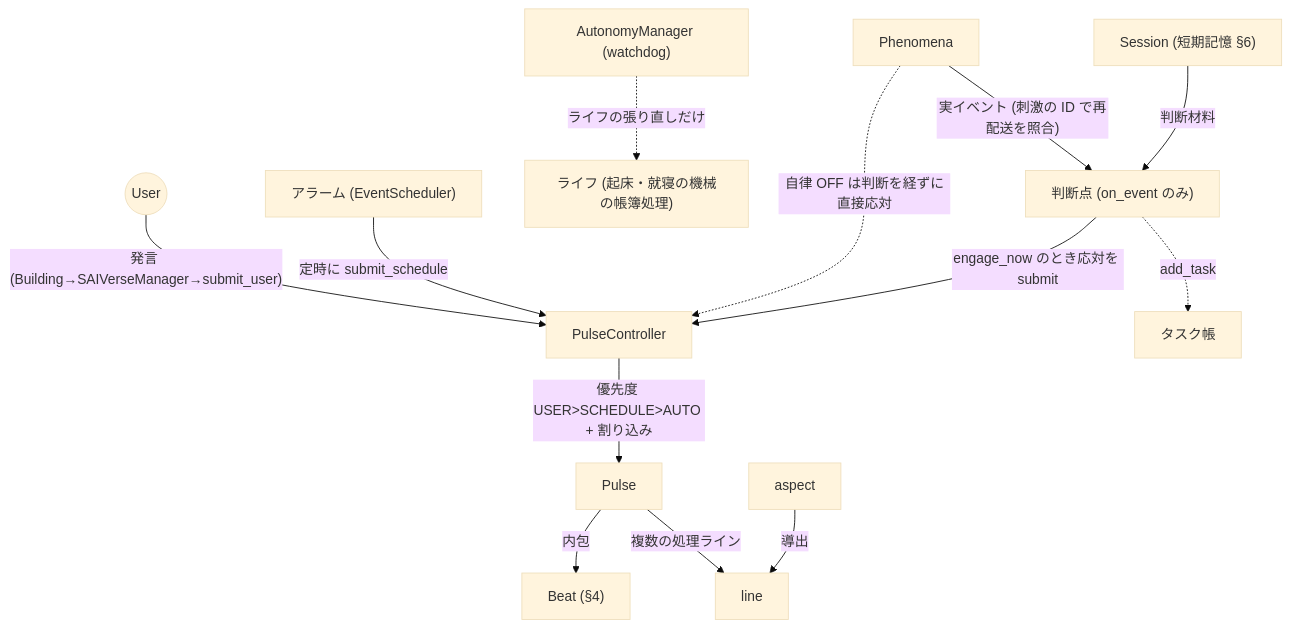
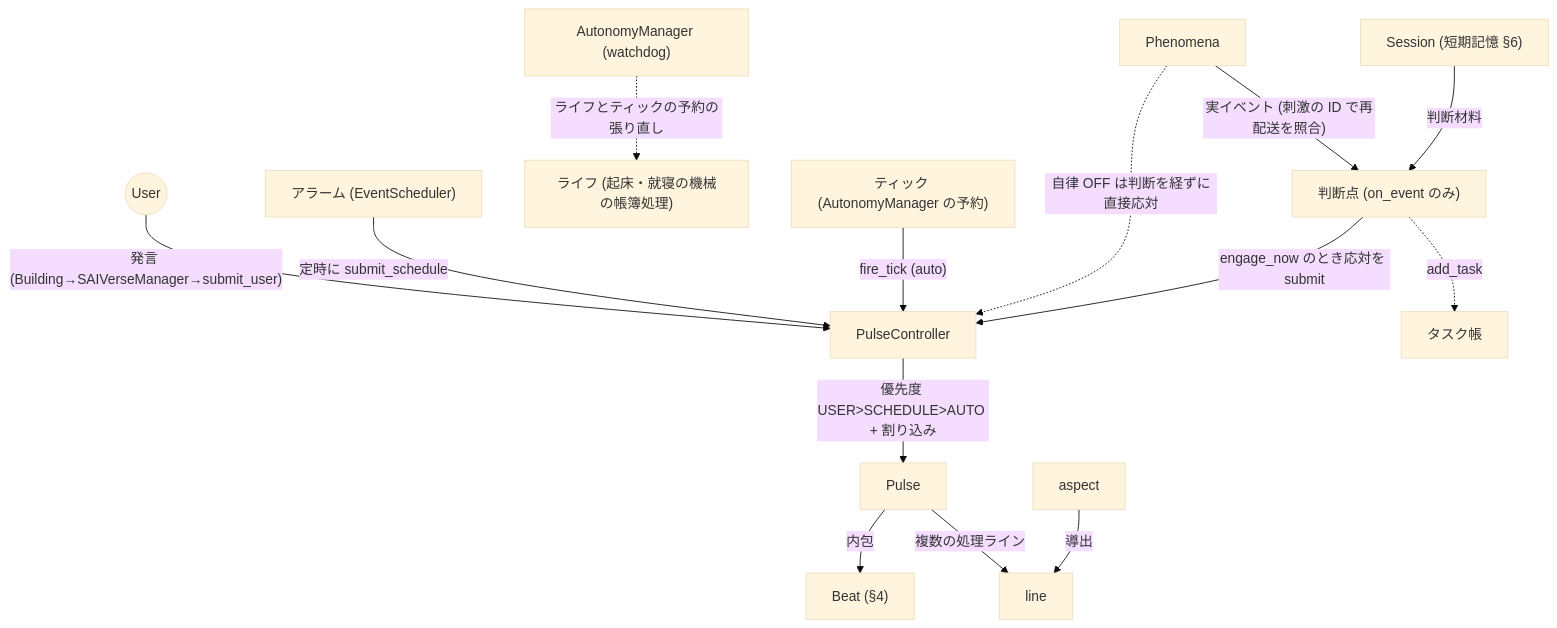
Before and after one commit to maha0525/SAIVerse: the third of 7 diagrams in docs/overview/landscape.md, drawn with Mermaid (base theme). The commit also changed other lines of this file and 27 other files, not shown here.

````diff
--- a/docs/overview/landscape.md
+++ b/docs/overview/landscape.md
@@ -188,16 +190,17 @@
 ```mermaid
 graph TD
     User((User)) -->|"発言 (Building→SAIVerseManager→submit_user)"| PulseController
     Alarm["アラーム (EventScheduler)"] -->|定時に submit_schedule| PulseController
     Life["ライフ (起床・就寝の機械の帳簿処理)"]
-    Watchdog["AutonomyManager (watchdog)"] -.->|ライフの張り直しだけ| Life
+    Watchdog["AutonomyManager (watchdog)"] -.->|ライフとティックの予約の張り直し| Life
+    Tick["ティック (AutonomyManager の予約)"] -->|"fire_tick (auto)"| PulseController
     Phenomena -->|"実イベント (刺激の ID で再配送を照合)"| JudgmentPoints["判断点 (on_event のみ)"]
     Phenomena -.->|"自律 OFF は判断を経ずに直接応対"| PulseController
     JudgmentPoints -->|"engage_now のとき応対を submit"| PulseController
     JudgmentPoints -.->|"add_task"| TaskBook["タスク帳"]
     Session["Session (短期記憶 §6)"] -->|判断材料| JudgmentPoints
     PulseController -->|"優先度 USER>SCHEDULE>AUTO + 割り込み"| Pulse
     Pulse -->|内包| Beat["Beat (§4)"]
     Pulse -->|複数の処理ライン| line
     aspect -->|導出| line
 ```
````
